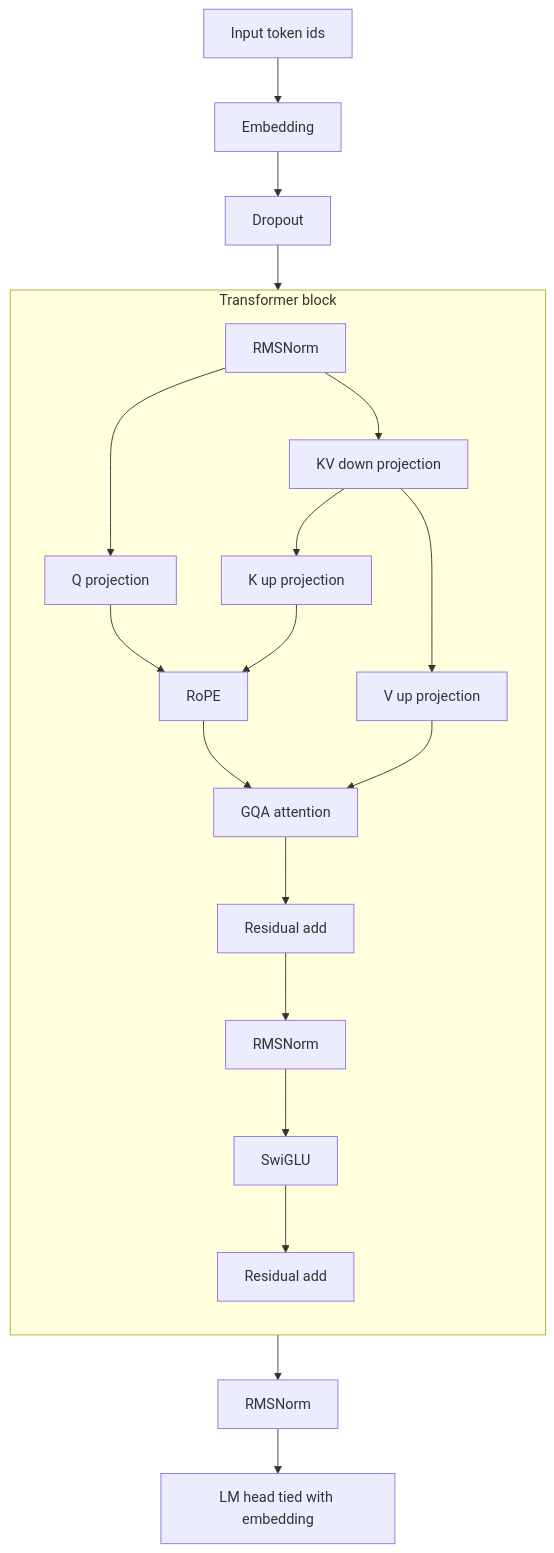
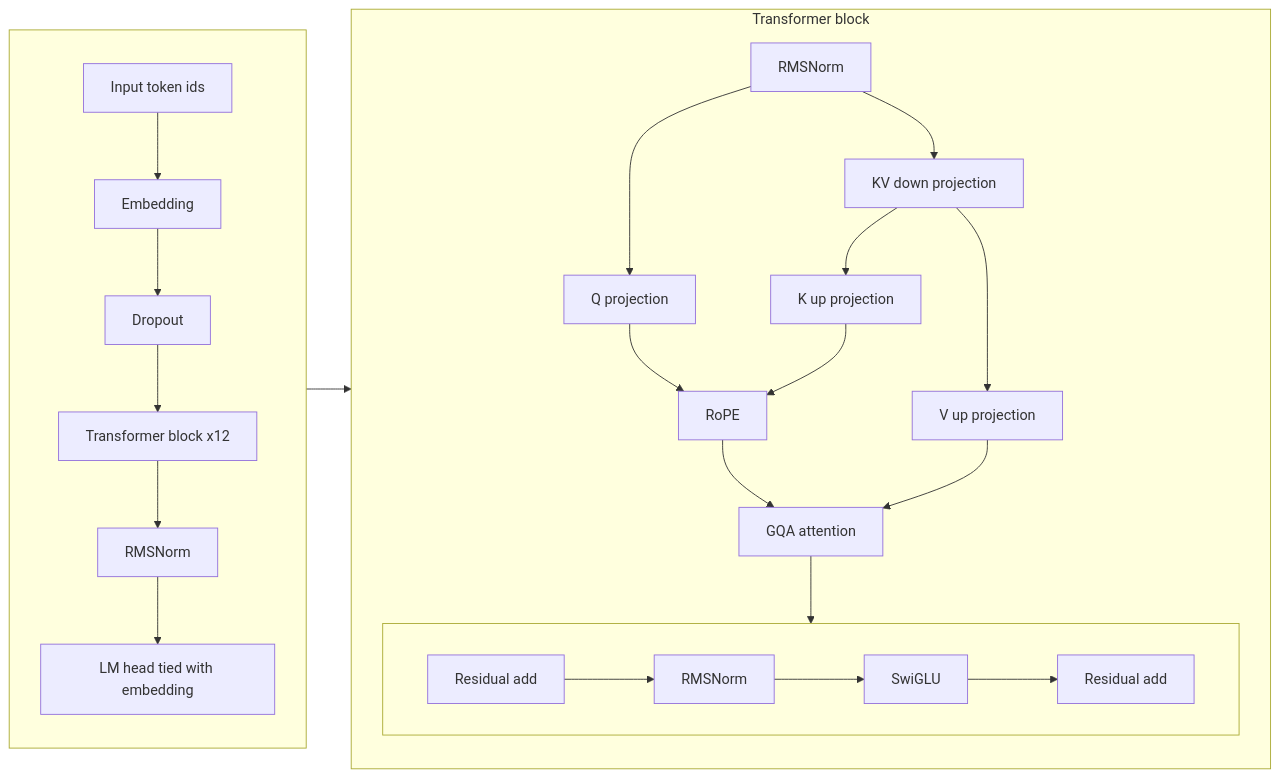
The diagram in README.md (pymlex/poetru), drawn with Mermaid before and after one commit.

````diff
--- a/README.md
+++ b/README.md
@@ -40,33 +40,39 @@
 ```mermaid
-flowchart TB
-    A[Input token ids] --> B[Embedding]
-    B --> C[Dropout]
-    C --> D[Transformer block x12]
-    D --> E[RMSNorm]
-    E --> F[LM head tied with embedding]
+flowchart LR
+    subgraph MainPipeline [ ]
+        direction TB
+        A[Input token ids] --> B[Embedding]
+        B --> C[Dropout]
+        C --> MainD[Transformer block x12]
+        MainD --> E[RMSNorm]
+        E --> F[LM head tied with embedding]
+    end
+
+    MainD --> D
 
     subgraph D[Transformer block]
         direction TB
         D1[RMSNorm]
         D2[Q projection]
         D3[KV down projection]
         D4[K up projection]
         D5[V up projection]
         D6[RoPE]
         D7[GQA attention]
-        D8[Residual add]
-        D9[RMSNorm]
-        D10[SwiGLU]
-        D11[Residual add]
+
+        subgraph Layers [ ]
+            direction LR
+            D8[Residual add] --> D9[RMSNorm] --> D10[SwiGLU] --> D11[Residual add]
+        end
 
         D1 --> D2
         D1 --> D3
         D3 --> D4
         D3 --> D5
         D2 --> D6
         D4 --> D6
         D6 --> D7
         D5 --> D7
-        D7 --> D8 --> D9 --> D10 --> D11
+        D7 --> D8
     end
 ```
````
